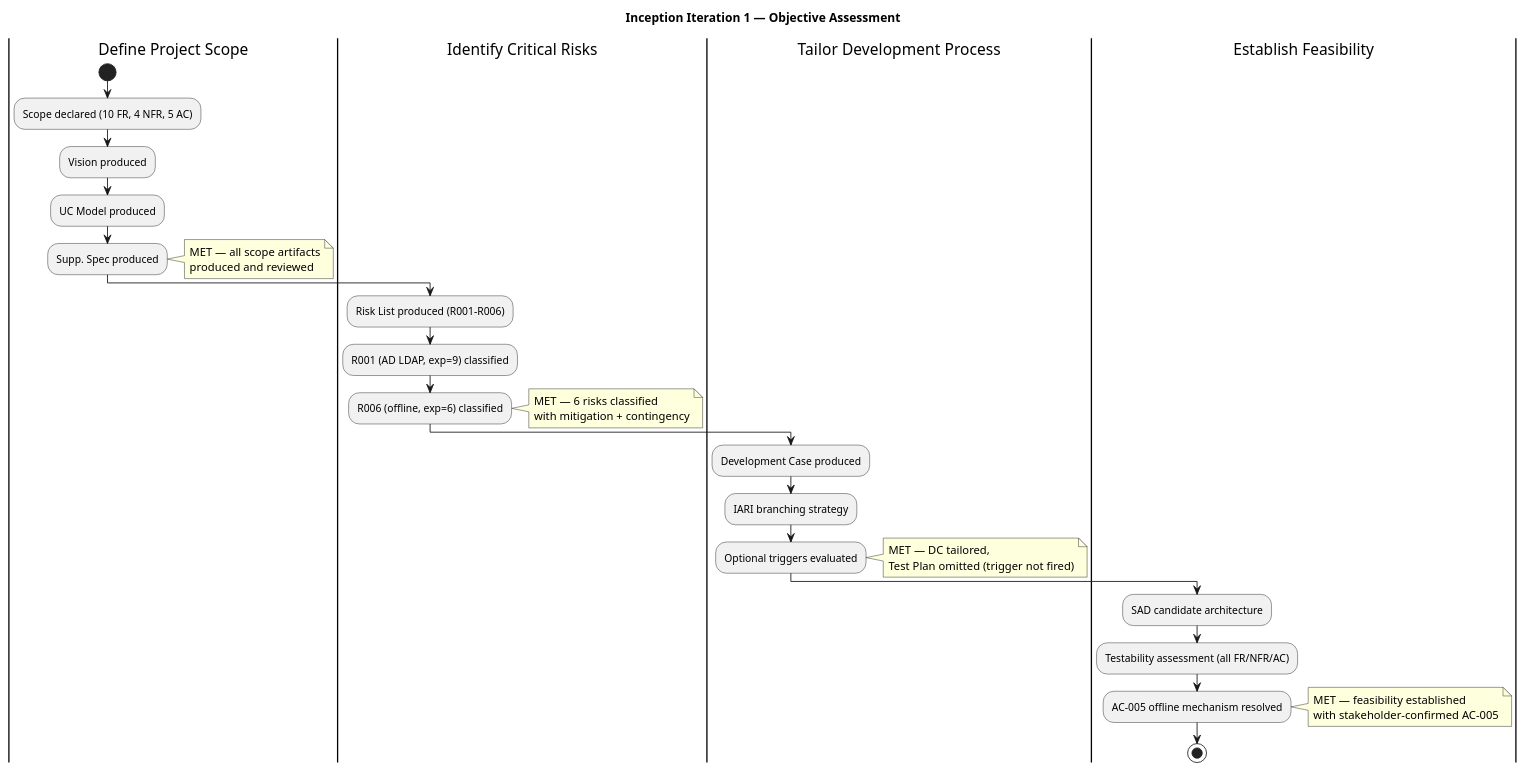
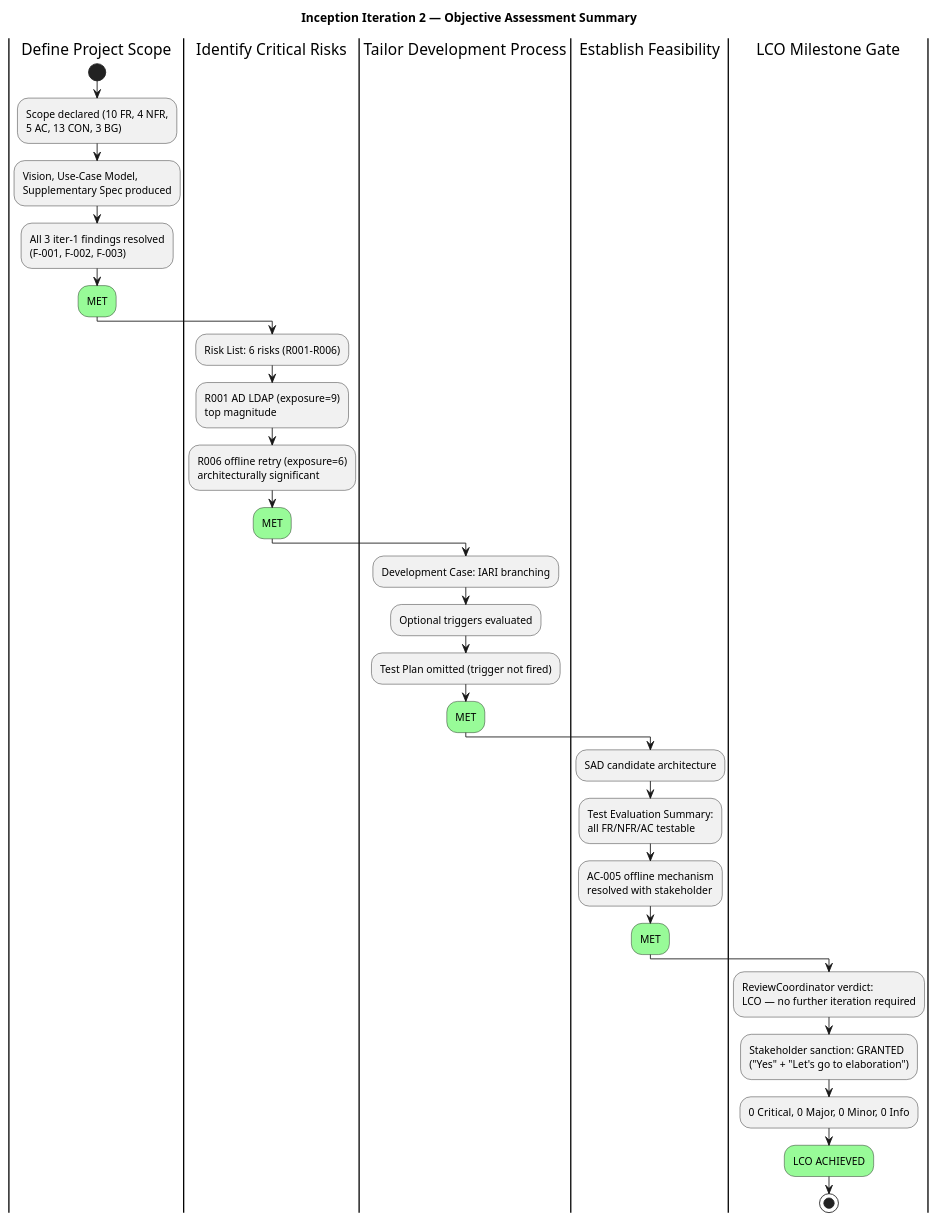
Before and after one commit to banense-test/portal-cuba-corp: the first of 3 diagrams in docs/artifacts/project-management/iteration-assessment.md, drawn with PlantUML. The commit also changed other lines of this file, not shown here.

First line of the commit message:
Project Manager [I2]: upsert Iteration Assessment

````diff
--- a/docs/artifacts/project-management/iteration-assessment.md
+++ b/docs/artifacts/project-management/iteration-assessment.md
@@ -25,33 +27,47 @@
 ```plantuml
 @startuml
-title Inception Iteration 1 — Objective Assessment
+title Inception Iteration 2 — Objective Assessment Summary
 
 |Define Project Scope|
 start
-:Scope declared (10 FR, 4 NFR, 5 AC);
-:Vision produced;
-:UC Model produced;
-:Supp. Spec produced;
-note right: MET — all scope artifacts\nproduced and reviewed
+:Scope declared (10 FR, 4 NFR,
+5 AC, 13 CON, 3 BG);
+:Vision, Use-Case Model,
+Supplementary Spec produced;
+:All 3 iter-1 findings resolved
+(F-001, F-002, F-003);
+#palegreen:MET;
 
 |Identify Critical Risks|
-:Risk List produced (R001–R006);
-:R001 (AD LDAP, exp=9) classified;
-:R006 (offline, exp=6) classified;
-note right: MET — 6 risks classified\nwith mitigation + contingency
+:Risk List: 6 risks (R001–R006);
+:R001 AD LDAP (exposure=9)
+top magnitude;
+:R006 offline retry (exposure=6)
+architecturally significant;
+#palegreen:MET;
 
 |Tailor Development Process|
-:Development Case produced;
-:IARI branching strategy;
+:Development Case: IARI branching;
 :Optional triggers evaluated;
-note right: MET — DC tailored,\nTest Plan omitted (trigger not fired)
+:Test Plan omitted (trigger not fired);
+#palegreen:MET;
 
 |Establish Feasibility|
 :SAD candidate architecture;
-:Testability assessment (all FR/NFR/AC);
-:AC-005 offline mechanism resolved;
-note right: MET — feasibility established\nwith stakeholder-confirmed AC-005
+:Test Evaluation Summary:
+all FR/NFR/AC testable;
+:AC-005 offline mechanism
+resolved with stakeholder;
+#palegreen:MET;
+
+|LCO Milestone Gate|
+:ReviewCoordinator verdict:
+LCO — no further iteration required;
+:Stakeholder sanction: GRANTED
+("Yes" + "Let's go to elaboration");
+:0 Critical, 0 Major, 0 Minor, 0 Info;
+#palegreen:LCO ACHIEVED;
 
 stop
 @enduml
 ```
````
